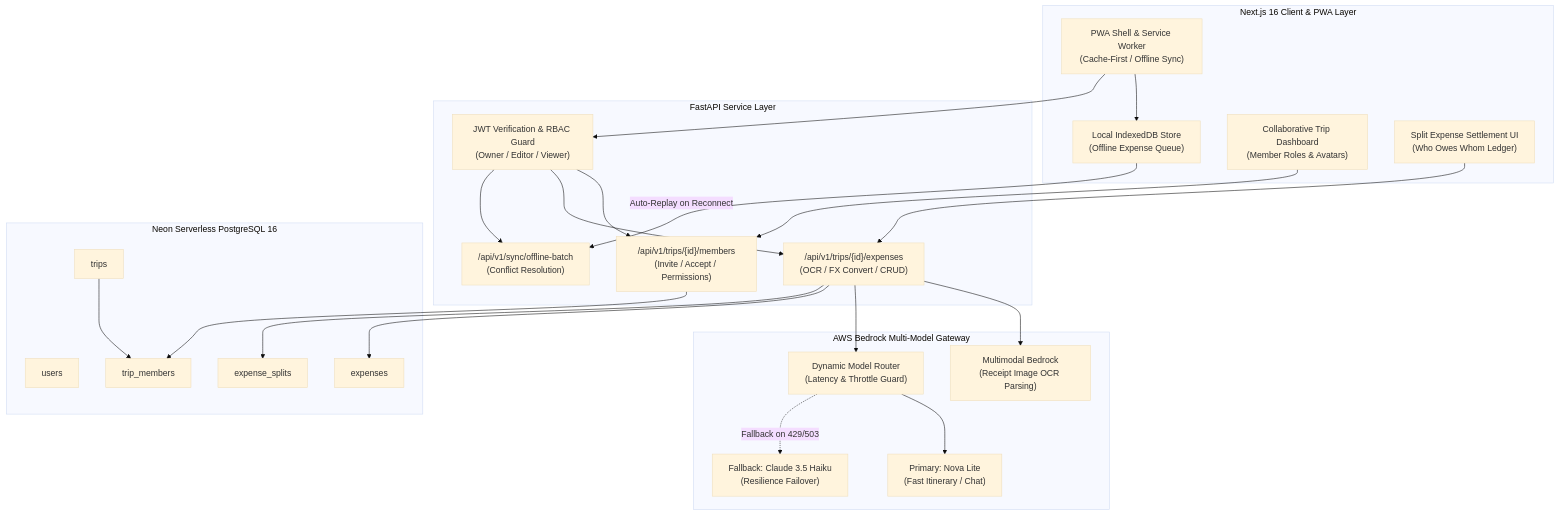
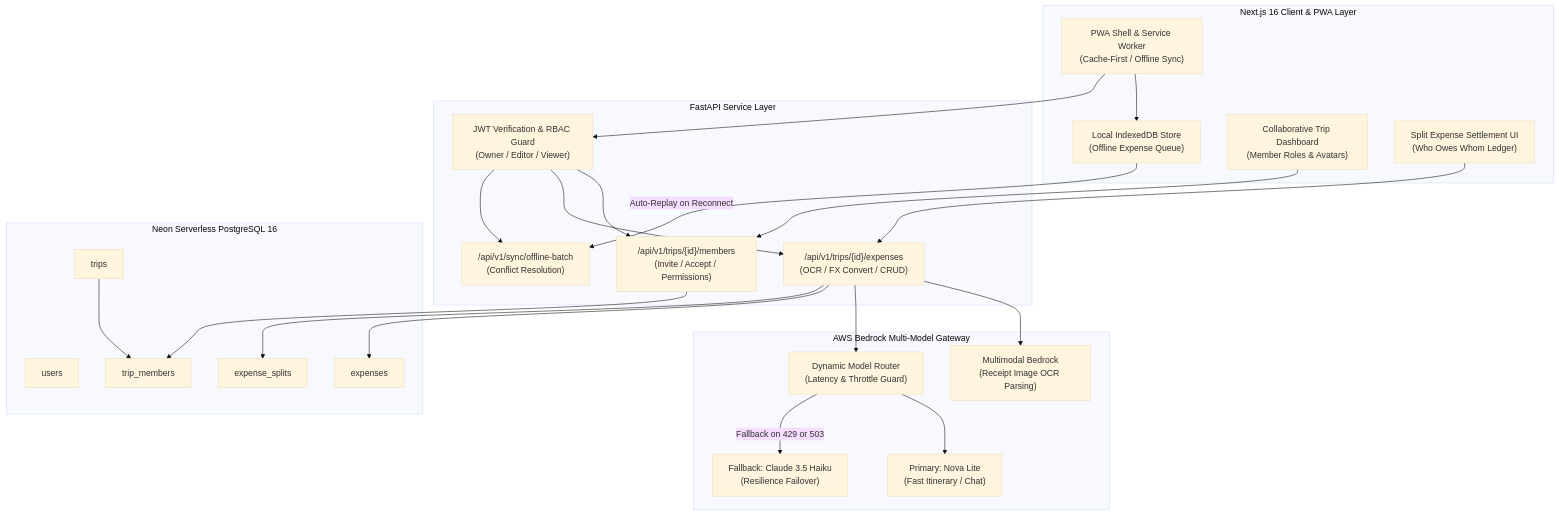
One commit to azkaihsan/kelana-ai changed the first of 2 diagrams in docs/v2-roadmap.md. Above: the diagram before and after it, drawn with Mermaid (base theme). The commit also changed other lines of this file and 1 other file, not shown here.

Commit message:
Fix Mermaid diagram syntax in architecture and roadmap docs

````diff
--- a/docs/v2-roadmap.md
+++ b/docs/v2-roadmap.md
@@ -66,51 +66,51 @@
 ```mermaid
 flowchart TD
     subgraph Client["Next.js 16 Client & PWA Layer"]
         PWA["PWA Shell & Service Worker<br/>(Cache-First / Offline Sync)"]
         IndexedDB["Local IndexedDB Store<br/>(Offline Expense Queue)"]
         GroupUI["Collaborative Trip Dashboard<br/>(Member Roles & Avatars)"]
         SplitUI["Split Expense Settlement UI<br/>(Who Owes Whom Ledger)"]
     end
 
     subgraph Gateway["FastAPI Service Layer"]
         AuthMiddleware["JWT Verification & RBAC Guard<br/>(Owner / Editor / Viewer)"]
         ExpensesRouter["/api/v1/trips/{id}/expenses<br/>(OCR / FX Convert / CRUD)"]
         CollabRouter["/api/v1/trips/{id}/members<br/>(Invite / Accept / Permissions)"]
         SyncRouter["/api/v1/sync/offline-batch<br/>(Conflict Resolution)"]
     end
 
     subgraph AI["AWS Bedrock Multi-Model Gateway"]
         RouterLLM["Dynamic Model Router<br/>(Latency & Throttle Guard)"]
         NovaLite["Primary: Nova Lite<br/>(Fast Itinerary / Chat)"]
         ClaudeHaiku["Fallback: Claude 3.5 Haiku<br/>(Resilience Failover)"]
         Multimodal["Multimodal Bedrock<br/>(Receipt Image OCR Parsing)"]
     end
 
     subgraph Storage["Neon Serverless PostgreSQL 16"]
         UsersTbl["users"]
         TripsTbl["trips"]
         ExpensesTbl["expenses"]
         MembersTbl["trip_members"]
         SplitsTbl["expense_splits"]
     end
 
     PWA --> IndexedDB
     IndexedDB -->|Auto-Replay on Reconnect| SyncRouter
     PWA --> AuthMiddleware
     GroupUI --> CollabRouter
     SplitUI --> ExpensesRouter
 
     AuthMiddleware --> CollabRouter
     AuthMiddleware --> ExpensesRouter
     AuthMiddleware --> SyncRouter
 
     ExpensesRouter --> Multimodal
     ExpensesRouter --> RouterLLM
     RouterLLM --> NovaLite
-    RouterLLM -.->|Fallback on 429/503| ClaudeHaiku
+    RouterLLM -->|Fallback on 429 or 503| ClaudeHaiku
 
     CollabRouter --> MembersTbl
     ExpensesRouter --> ExpensesTbl
     ExpensesRouter --> SplitsTbl
     TripsTbl --> MembersTbl
 ```
````
